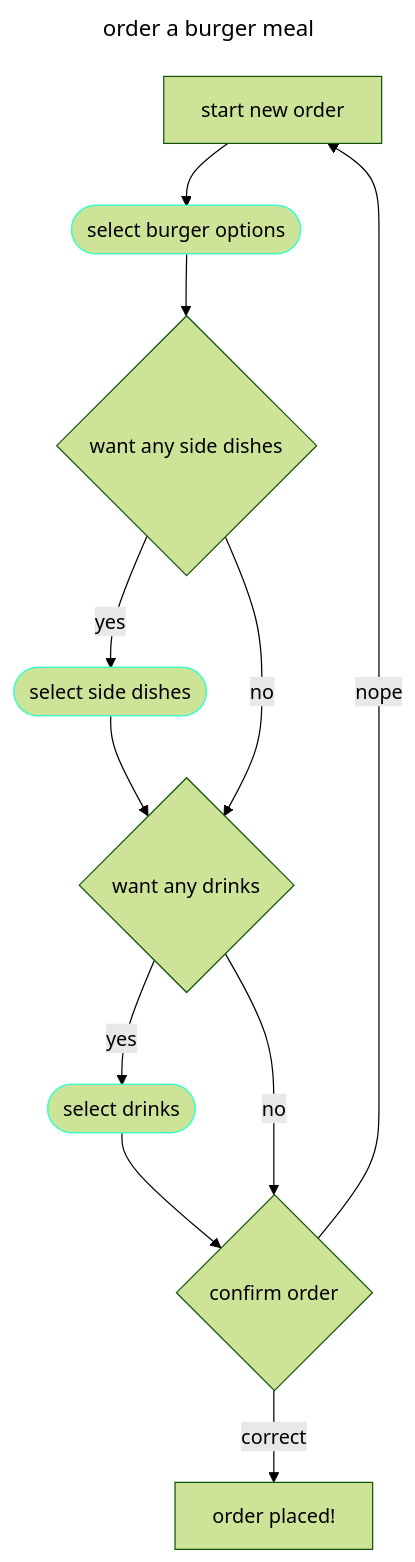
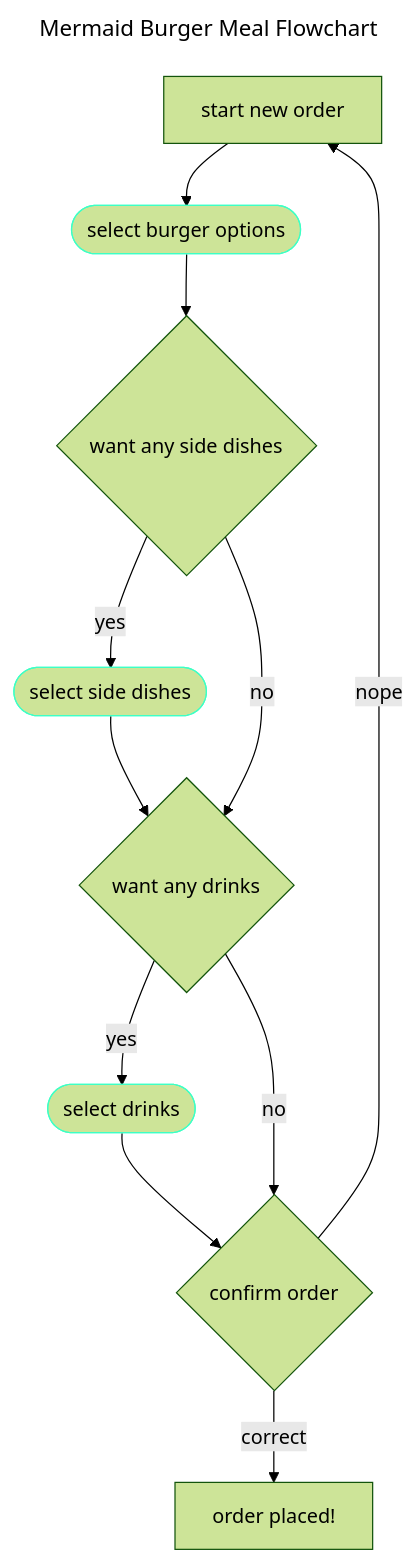
Before and after one commit to yusale9/student-showcase: the diagram in student-work/2023/Alan-Bariman/api-final-project/readme.md, drawn with Mermaid (forest theme).

````diff
--- a/student-work/2023/Alan-Bariman/api-final-project/readme.md
+++ b/student-work/2023/Alan-Bariman/api-final-project/readme.md
@@ -7,19 +7,19 @@
 ```mermaid
 ---
-title: order a burger meal
+title: Mermaid Burger Meal Flowchart
 ---
 flowchart TD
     A[start new order]-->B([select burger options]):::opts
     B-->C{want any side dishes}
     C--yes-->D([select side dishes]):::opts
     D-->E
     C--"no"-->E{want any drinks}
     E--yes-->F([select drinks]):::opts
     F-->G{confirm order}
     E--"no"-->G
     G--"correct"-->H[order placed!]
     G--"nope"-->A
 
     classDef opts stroke:#3DFFC5;
 
 ```
````
